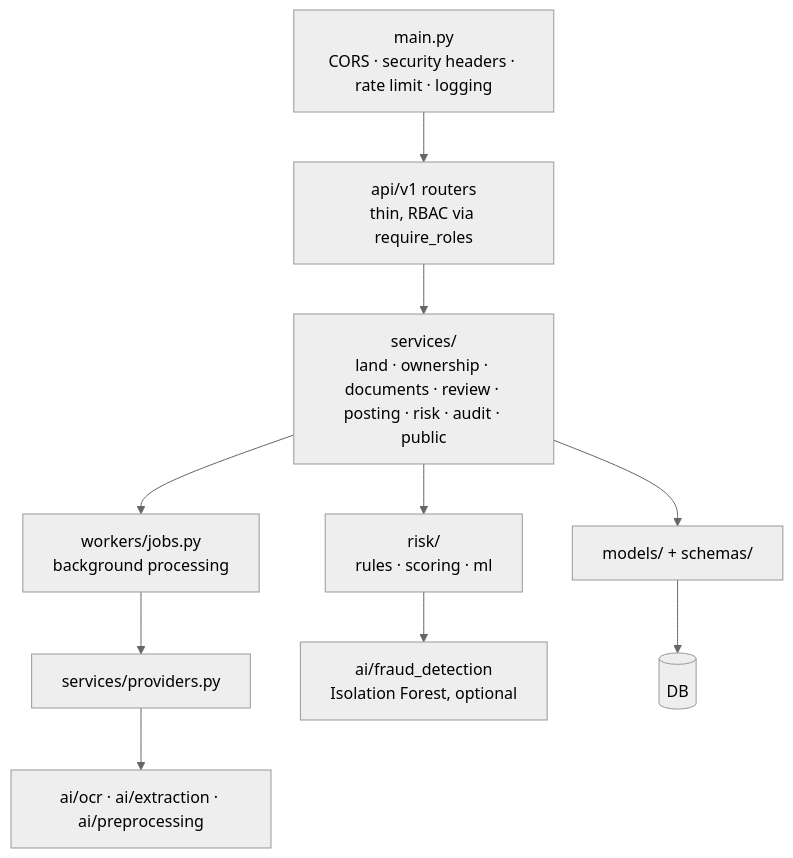
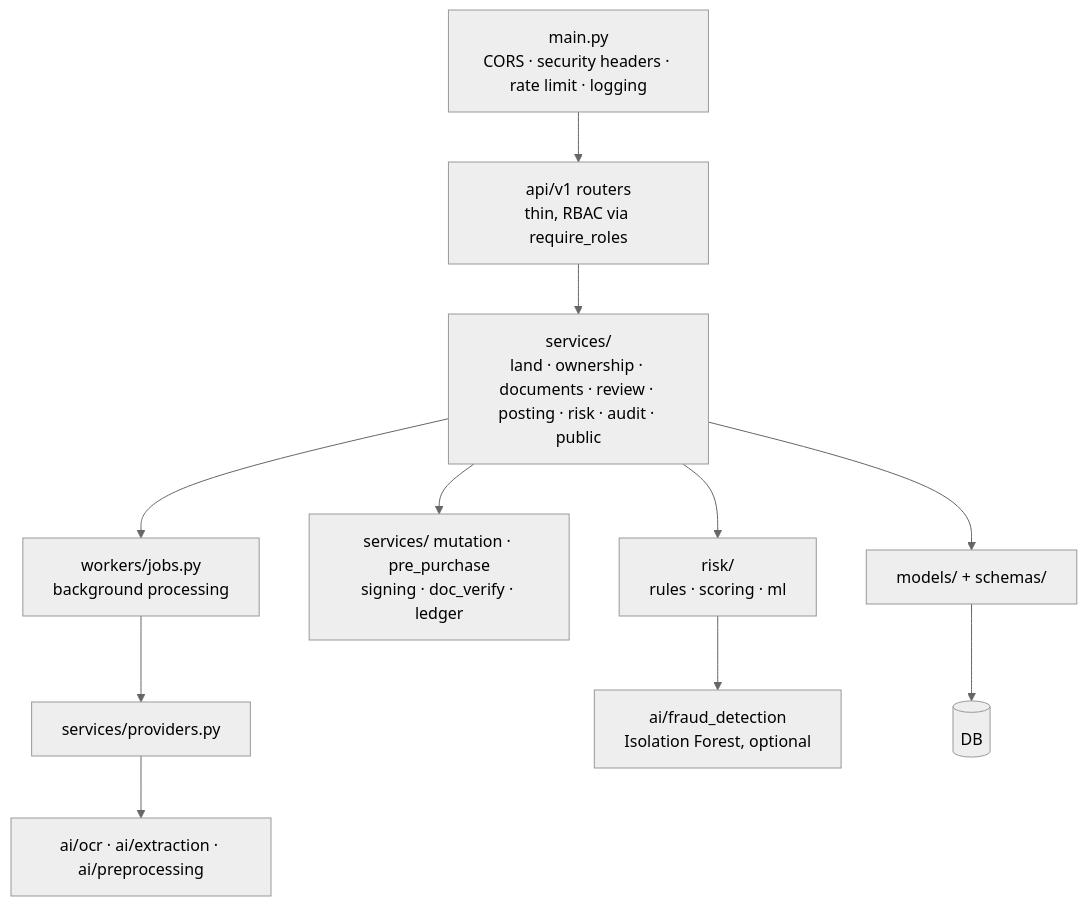
Before and after one commit to A-42-018/LandSheild-BD: the second of 7 diagrams in docs/architecture.md, drawn with Mermaid (neutral theme). The commit also changed other lines of this file and 170 other files, not shown here.

First line of the commit message:
Phases G0-Q2: e-Mutation, encumbrances, signed records, ledger, Formal Green UI, e2e

````diff
--- a/docs/architecture.md
+++ b/docs/architecture.md
@@ -20,11 +20,12 @@
 ```mermaid
 flowchart TB
   M[main.py<br/>CORS · security headers · rate limit · logging] --> A[api/v1 routers<br/>thin, RBAC via require_roles]
   A --> S[services/<br/>land · ownership · documents · review · posting · risk · audit · public]
   S --> RK[risk/<br/>rules · scoring · ml]
+  S --> TR[services/ mutation · pre_purchase<br/>signing · doc_verify · ledger]
   S --> W[workers/jobs.py<br/>background processing]
   S --> MD[models/ + schemas/]
   W --> P[services/providers.py] --> AI[ai/ocr · ai/extraction · ai/preprocessing]
   RK --> ML[ai/fraud_detection<br/>Isolation Forest, optional]
   MD --> DB[(DB)]
 ```
````
